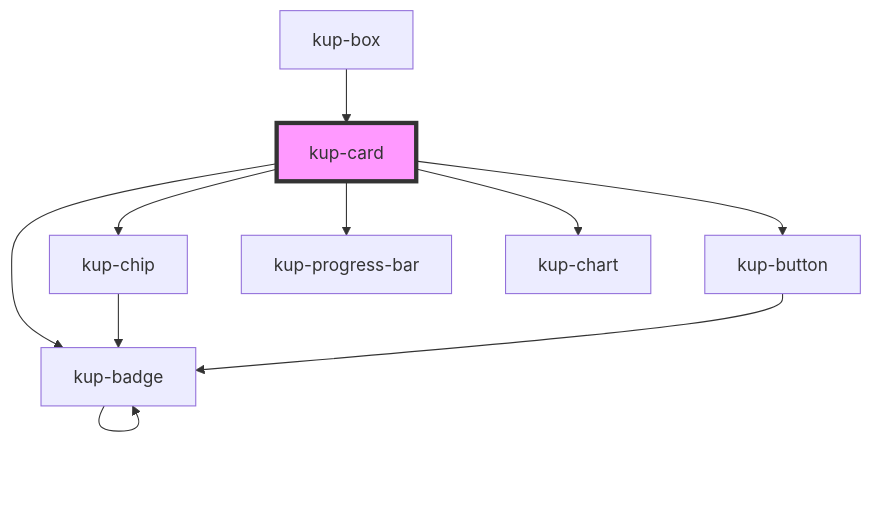
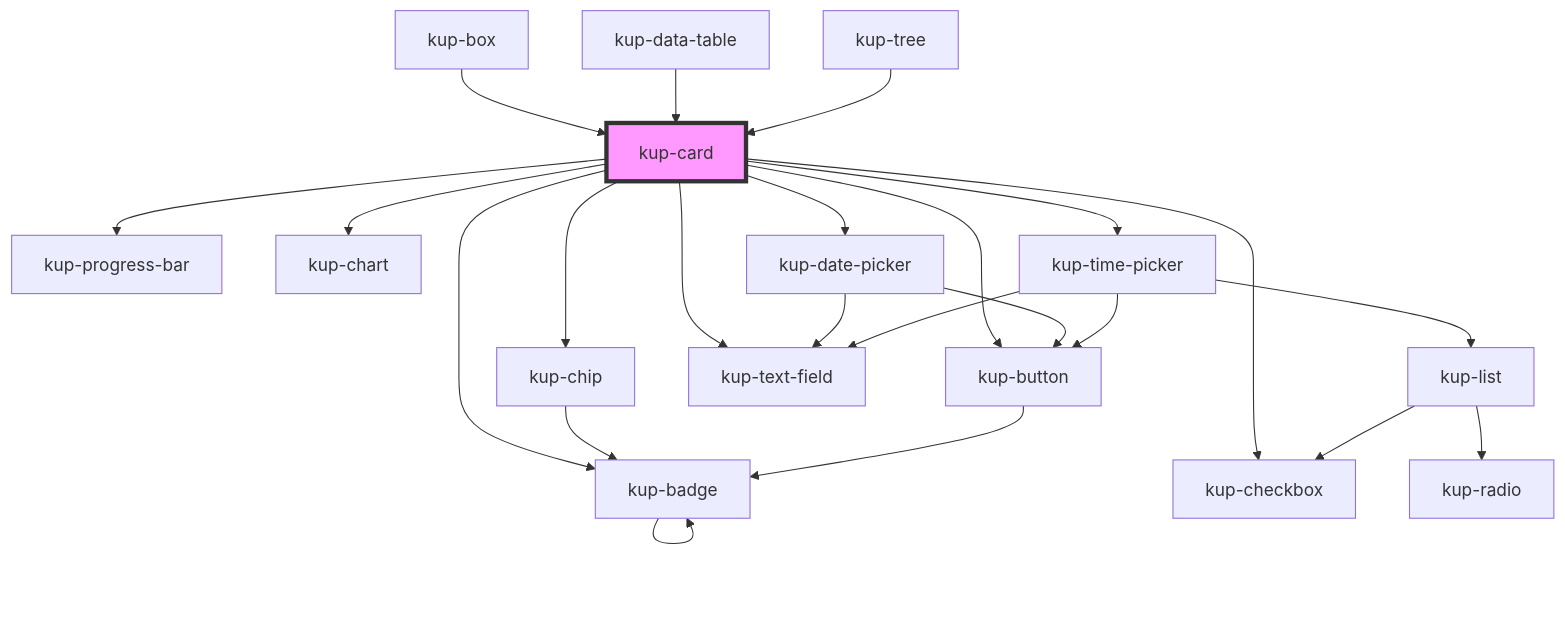
Before and after one commit to smeup/ketchup: the diagram in packages/ketchup/src/components/kup-card/readme.md, drawn with Mermaid. The commit also changed other lines of this file and 11 other files, not shown here.

````diff
--- a/packages/ketchup/src/components/kup-card/readme.md
+++ b/packages/ketchup/src/components/kup-card/readme.md
@@ -56,13 +62,26 @@
 ```mermaid
 graph TD;
   kup-card --> kup-chip
   kup-card --> kup-button
   kup-card --> kup-badge
   kup-card --> kup-progress-bar
   kup-card --> kup-chart
+  kup-card --> kup-checkbox
+  kup-card --> kup-date-picker
+  kup-card --> kup-text-field
+  kup-card --> kup-time-picker
   kup-chip --> kup-badge
   kup-badge --> kup-badge
   kup-button --> kup-badge
+  kup-date-picker --> kup-text-field
+  kup-date-picker --> kup-button
+  kup-time-picker --> kup-text-field
+  kup-time-picker --> kup-button
+  kup-time-picker --> kup-list
+  kup-list --> kup-radio
+  kup-list --> kup-checkbox
   kup-box --> kup-card
+  kup-data-table --> kup-card
+  kup-tree --> kup-card
   style kup-card fill:#f9f,stroke:#333,stroke-width:4px
 ```
````
